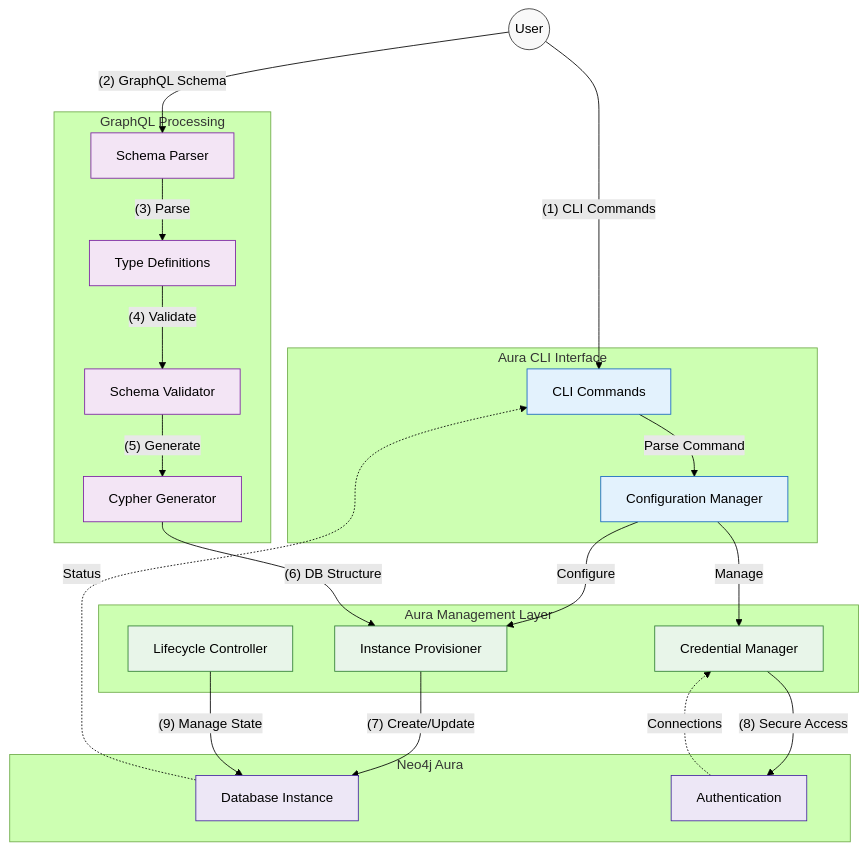
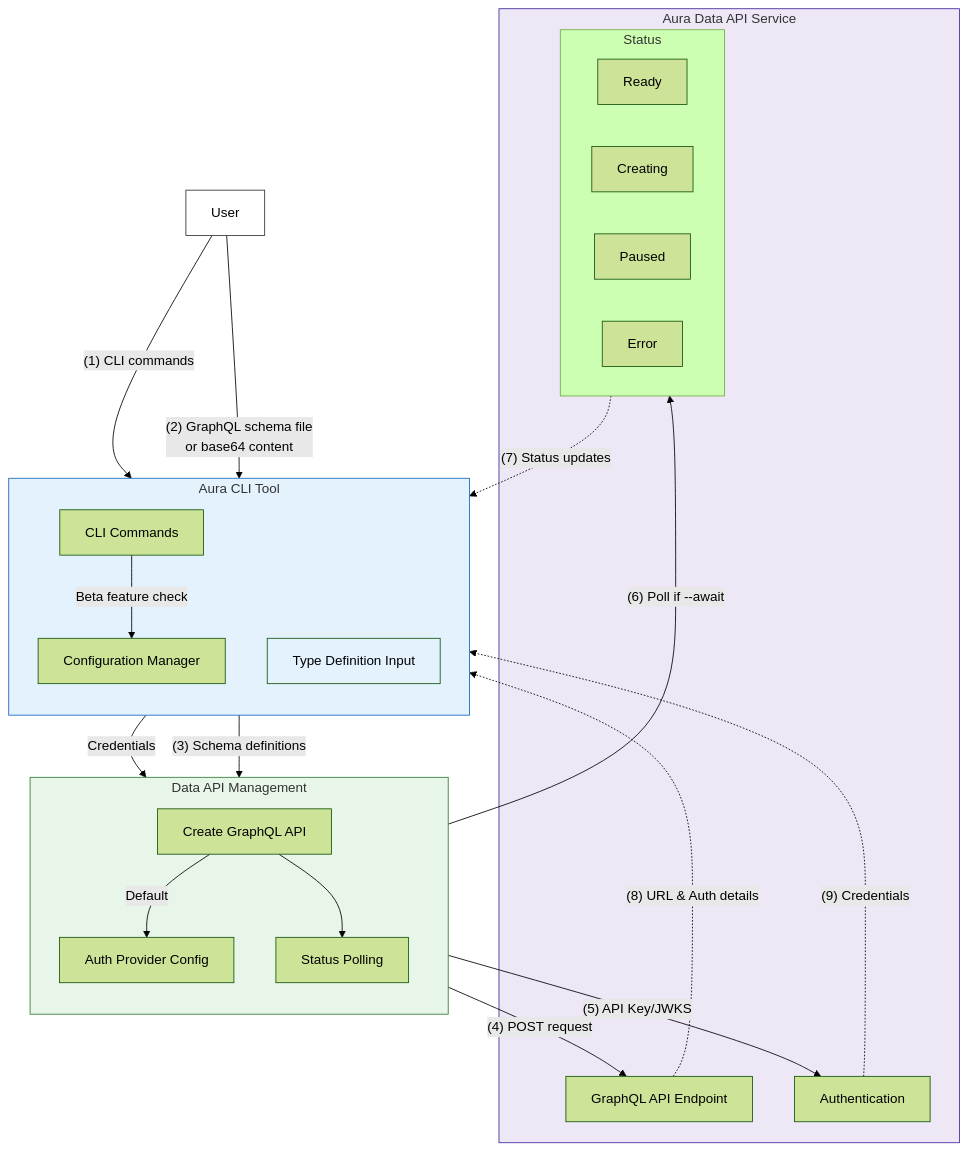
One commit to KazChe/neo4j-aura-go-cli changed the diagram in graphql-aura-cli.mermaid. Above: the diagram before and after it, drawn with Mermaid (forest theme).

Commit message:
redo of auro-go-cli focusing on graphql provisioning aspect.

```diff
--- a/graphql-aura-cli.mermaid
+++ b/graphql-aura-cli.mermaid
@@ -1,59 +1,47 @@
 flowchart TB
-    subgraph CLI["Aura CLI Interface"]
+ subgraph AuraCLI["Aura CLI Tool"]
+    direction TB
         Commands["CLI Commands"]
         Config["Configuration Manager"]
-    end
-
-    subgraph GraphQL["GraphQL Processing"]
-        Schema["Schema Parser"]
-        TypeDef["Type Definitions"]
-        Validator["Schema Validator"]
-        Generator["Cypher Generator"]
-    end
-
-    subgraph AuraManager["Aura Management Layer"]
-        Provisioner["Instance Provisioner"]
-        Credentials["Credential Manager"]
-        Lifecycle["Lifecycle Controller"]
-    end
-
-    subgraph AuraDB["Neo4j Aura"]
-        Instance["Database Instance"]
+        TypeDefInput["Type Definition Input"]
+  end
+ subgraph DataAPIManager["Data API Management"]
+    direction TB
+        CreateAPI["Create GraphQL API"]
+        AuthConfig["Auth Provider Config"]
+        StatusPoll["Status Polling"]
+  end
+ subgraph Status["Status"]
+        Ready["Ready"]
+        Creating["Creating"]
+        Paused["Paused"]
+        Error["Error"]
+  end
+ subgraph AuraService["Aura Data API Service"]
+        APIEndpoint["GraphQL API Endpoint"]
         Auth["Authentication"]
-    end
-
-    %% User input flows
-    User(("User")) -->|"(1) CLI Commands"| Commands
-    User -->|"(2) GraphQL Schema"| Schema
-
-    %% CLI Processing
-    Commands -->|"Parse Command"| Config
-    Config -->|"Configure"| Provisioner
-    Config -->|"Manage"| Credentials
-
-    %% GraphQL Processing
-    Schema -->|"(3) Parse"| TypeDef
-    TypeDef -->|"(4) Validate"| Validator
-    Validator -->|"(5) Generate"| Generator
-
-    %% Aura Integration
-    Generator -->|"(6) DB Structure"| Provisioner
-    Provisioner -->|"(7) Create/Update"| Instance
-    Credentials -->|"(8) Secure Access"| Auth
-    Lifecycle -->|"(9) Manage State"| Instance
-
-    %% Return flows
-    Instance -.->|"Status"| Commands
-    Auth -.->|"Connections"| Credentials
-
-    classDef user fill:#f9f9f9,stroke:#333
+        Status
+  end
+    CreateAPI -- Default --> AuthConfig
+    CreateAPI --> StatusPoll
+    User["User"] -- (1) CLI commands --> Commands
+    User -- (2) GraphQL schema file\nor base64 content --> TypeDefInput
+    Commands -- Beta feature check --> Config
+    Config -- Credentials --> CreateAPI
+    TypeDefInput -- (3) Schema definitions --> CreateAPI
+    CreateAPI -- (4) POST request --> APIEndpoint
+    AuthConfig -- (5) API Key/JWKS --> Auth
+    StatusPoll -- "(6) Poll if --await" --> Status
+    Status -. (7) Status updates .-> Commands
+    APIEndpoint -. (8) URL & Auth details .-> Commands
+    Auth -. (9) Credentials .-> Commands
+     User:::user
+     AuraCLI:::cli
+     DataAPIManager:::manager
+     AuraService:::service
+    classDef user fill:#e3f2fd,stroke:#333
     classDef cli fill:#e3f2fd,stroke:#1565c0
-    classDef graphql fill:#f3e5f5,stroke:#7b1fa2
     classDef manager fill:#e8f5e9,stroke:#2e7d32
-    classDef db fill:#ede7f6,stroke:#4527a0
-
-    class User user
-    class Commands,Config cli
-    class Schema,TypeDef,Validator,Generator graphql
-    class Provisioner,Credentials,Lifecycle manager
-    class Instance,Auth db
+    classDef service fill:#ede7f6,stroke:#4527a0
+    style TypeDefInput fill:#e3f2fd
+    style User fill:#FFFFFF
```
